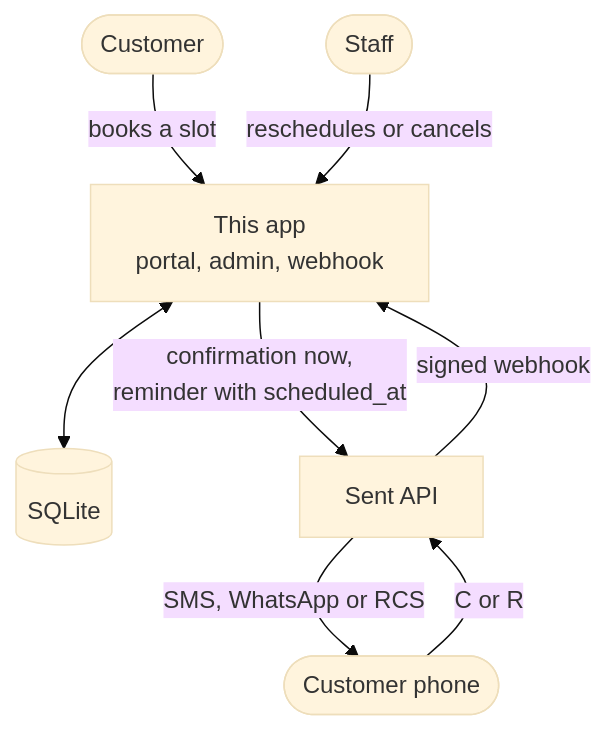
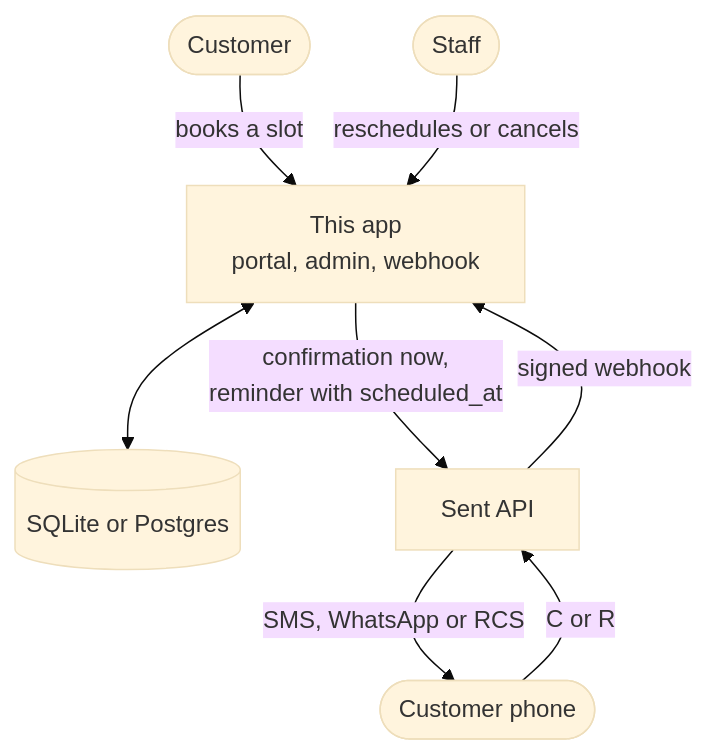
Before and after one commit to parv15/appointment-reminders: the first of 2 diagrams in README.md, drawn with Mermaid (base theme). The commit also changed other lines of this file and 15 other files, not shown here.

````diff
--- a/README.md
+++ b/README.md
@@ -54,10 +55,10 @@
 ```mermaid
 flowchart TB
     customer([Customer]) -->|books a slot| app["This app<br/>portal, admin, webhook"]
     staff([Staff]) -->|reschedules or cancels| app
-    app <--> db[("SQLite")]
+    app <--> db[("SQLite or Postgres")]
     app -->|"confirmation now,<br/>reminder with scheduled_at"| sent["Sent API"]
     sent -->|"SMS, WhatsApp or RCS"| phone([Customer phone])
     phone -->|"C or R"| sent
     sent -->|"signed webhook"| app
 ```
````
